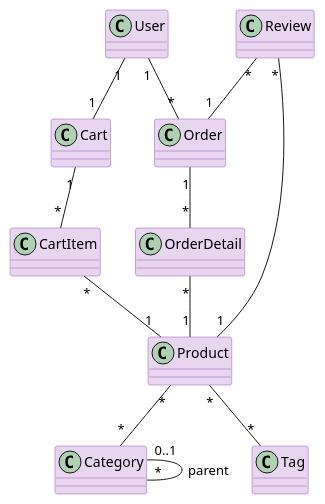
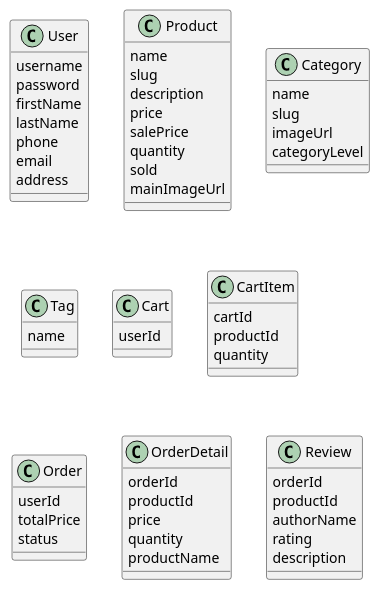
One commit to Sown13/nhohantu_be changed the diagram in docs/class-diagram.puml. Above: the diagram before and after it, drawn with PlantUML.

Commit message:
pull develop_s4

```diff
--- a/docs/class-diagram.puml
+++ b/docs/class-diagram.puml
@@ -1,36 +1,70 @@
 @startuml TC_Book_Class_Diagram
 
 skinparam backgroundColor white
-skinparam class {
-    BackgroundColor #E8D5F0
-    BorderColor #9B59B6
+skinparam classAttributeIconSize 0
+
+class User {
+    username
+    password
+    firstName
+    lastName
+    phone
+    email
+    address
 }
 
-class User
-class Product
-class Category
-class Tag
-class Cart
-class CartItem
-class Order
-class OrderDetail
-class Review
+class Product {
+    name
+    slug
+    description
+    price
+    salePrice
+    quantity
+    sold
+    mainImageUrl
+}
 
-User "1" -- "1" Cart
-User "1" -- "*" Order
+class Category {
+    name
+    slug
+    imageUrl
+    categoryLevel
+}
 
-Cart "1" -- "*" CartItem
-CartItem "*" -- "1" Product
+class Tag {
+    name
+}
 
-Order "1" -- "*" OrderDetail
-OrderDetail "*" -- "1" Product
+class Cart {
+    userId
+}
 
-Product "*" -- "*" Category
-Product "*" -- "*" Tag
+class CartItem {
+    cartId
+    productId
+    quantity
+}
 
-Category "0..1" -- "*" Category : parent
+class Order {
+    userId
+    totalPrice
+    status
+}
 
-Review "*" -- "1" Product
-Review "*" -- "1" Order
+class OrderDetail {
+    orderId
+    productId
+    price
+    quantity
+    productName
+}
+
+class Review {
+    orderId
+    productId
+    authorName
+    rating
+    description
+}
 
 @enduml
```
